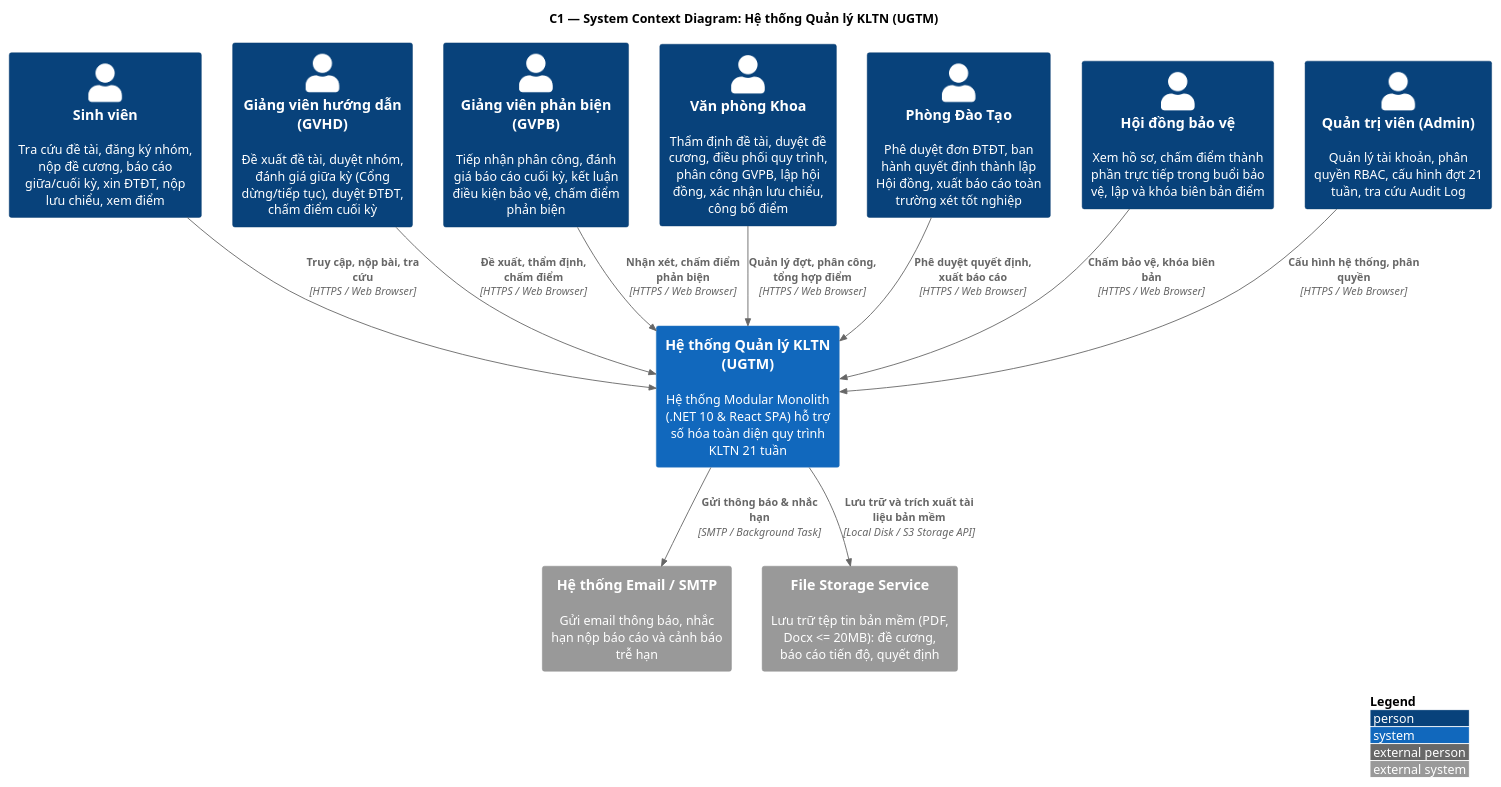
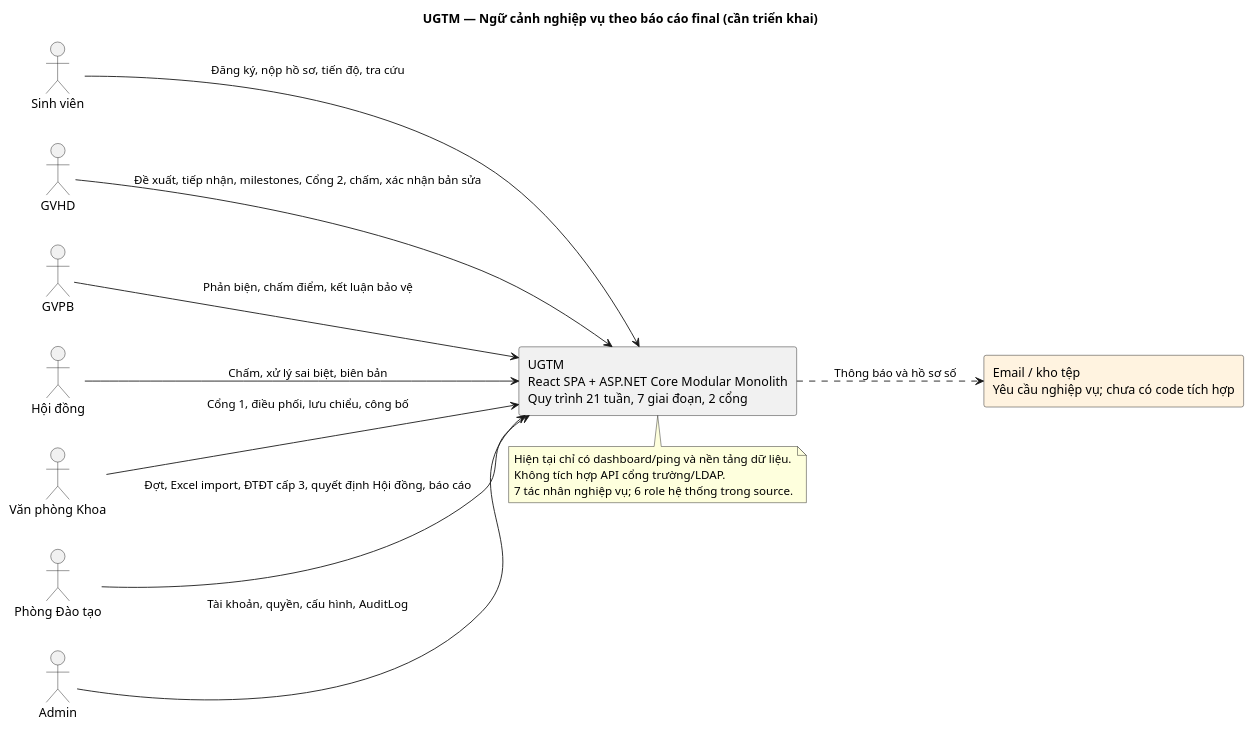
Before and after one commit to karasuma-2401/UGTM: the diagram in docs/PlantUML/C1_System_Context.puml, drawn with PlantUML. The commit also changed 324 other files, not shown here.

```diff
--- a/docs/PlantUML/C1_System_Context.puml
+++ b/docs/PlantUML/C1_System_Context.puml
@@ -1,32 +1,27 @@
 @startuml C1_System_Context
-!include https://raw.githubusercontent.com/plantuml-stdlib/C4-PlantUML/master/C4_Context.puml
-
-LAYOUT_WITH_LEGEND()
-
-title C1 — System Context Diagram: Hệ thống Quản lý KLTN (UGTM)
-
-Person(sinhVien, "Sinh viên", "Tra cứu đề tài, đăng ký nhóm, nộp đề cương, báo cáo giữa/cuối kỳ, xin ĐTĐT, nộp lưu chiểu, xem điểm")
-Person(gvhd, "Giảng viên hướng dẫn (GVHD)", "Đề xuất đề tài, duyệt nhóm, đánh giá giữa kỳ (Cổng dừng/tiếp tục), duyệt ĐTĐT, chấm điểm cuối kỳ")
-Person(gvpb, "Giảng viên phản biện (GVPB)", "Tiếp nhận phân công, đánh giá báo cáo cuối kỳ, kết luận điều kiện bảo vệ, chấm điểm phản biện")
-Person(khoa, "Văn phòng Khoa", "Thẩm định đề tài, duyệt đề cương, điều phối quy trình, phân công GVPB, lập hội đồng, xác nhận lưu chiểu, công bố điểm")
-Person(pdt, "Phòng Đào Tạo", "Phê duyệt đơn ĐTĐT, ban hành quyết định thành lập Hội đồng, xuất báo cáo toàn trường xét tốt nghiệp")
-Person(hd, "Hội đồng bảo vệ", "Xem hồ sơ, chấm điểm thành phần trực tiếp trong buổi bảo vệ, lập và khóa biên bản điểm")
-Person(admin, "Quản trị viên (Admin)", "Quản lý tài khoản, phân quyền RBAC, cấu hình đợt 21 tuần, tra cứu Audit Log")
-
-System(ugtm, "Hệ thống Quản lý KLTN (UGTM)", "Hệ thống Modular Monolith (.NET 10 & React SPA) hỗ trợ số hóa toàn diện quy trình KLTN 21 tuần")
-
-System_Ext(emailService, "Hệ thống Email / SMTP", "Gửi email thông báo, nhắc hạn nộp báo cáo và cảnh báo trễ hạn")
-System_Ext(fileStorage, "File Storage Service", "Lưu trữ tệp tin bản mềm (PDF, Docx <= 20MB): đề cương, báo cáo tiến độ, quyết định")
-
-Rel(sinhVien, ugtm, "Truy cập, nộp bài, tra cứu", "HTTPS / Web Browser")
-Rel(gvhd, ugtm, "Đề xuất, thẩm định, chấm điểm", "HTTPS / Web Browser")
-Rel(gvpb, ugtm, "Nhận xét, chấm điểm phản biện", "HTTPS / Web Browser")
-Rel(khoa, ugtm, "Quản lý đợt, phân công, tổng hợp điểm", "HTTPS / Web Browser")
-Rel(pdt, ugtm, "Phê duyệt quyết định, xuất báo cáo", "HTTPS / Web Browser")
-Rel(hd, ugtm, "Chấm bảo vệ, khóa biên bản", "HTTPS / Web Browser")
-Rel(admin, ugtm, "Cấu hình hệ thống, phân quyền", "HTTPS / Web Browser")
-
-Rel(ugtm, emailService, "Gửi thông báo & nhắc hạn", "SMTP / Background Task")
-Rel(ugtm, fileStorage, "Lưu trữ và trích xuất tài liệu bản mềm", "Local Disk / S3 Storage API")
-
+left to right direction
+skinparam shadowing false
+title UGTM — Ngữ cảnh nghiệp vụ theo báo cáo final (cần triển khai)
+actor "Sinh viên" as SV
+actor "GVHD" as HD
+actor "GVPB" as PB
+actor "Hội đồng" as Council
+actor "Văn phòng Khoa" as Faculty
+actor "Phòng Đào tạo" as AA
+actor "Admin" as Admin
+rectangle "UGTM\nReact SPA + ASP.NET Core Modular Monolith\nQuy trình 21 tuần, 7 giai đoạn, 2 cổng" as System
+SV --> System : Đăng ký, nộp hồ sơ, tiến độ, tra cứu
+HD --> System : Đề xuất, tiếp nhận, milestones, Cổng 2, chấm, xác nhận bản sửa
+PB --> System : Phản biện, chấm điểm, kết luận bảo vệ
+Council --> System : Chấm, xử lý sai biệt, biên bản
+Faculty --> System : Cổng 1, điều phối, lưu chiểu, công bố
+AA --> System : Đợt, Excel import, ĐTĐT cấp 3, quyết định Hội đồng, báo cáo
+Admin --> System : Tài khoản, quyền, cấu hình, AuditLog
+rectangle "Email / kho tệp\nYêu cầu nghiệp vụ; chưa có code tích hợp" as Services #FFF3E0
+System ..> Services : Thông báo và hồ sơ số
+note bottom of System
+Hiện tại chỉ có dashboard/ping và nền tảng dữ liệu.
+Không tích hợp API cổng trường/LDAP.
+7 tác nhân nghiệp vụ; 6 role hệ thống trong source.
+end note
 @enduml
```
